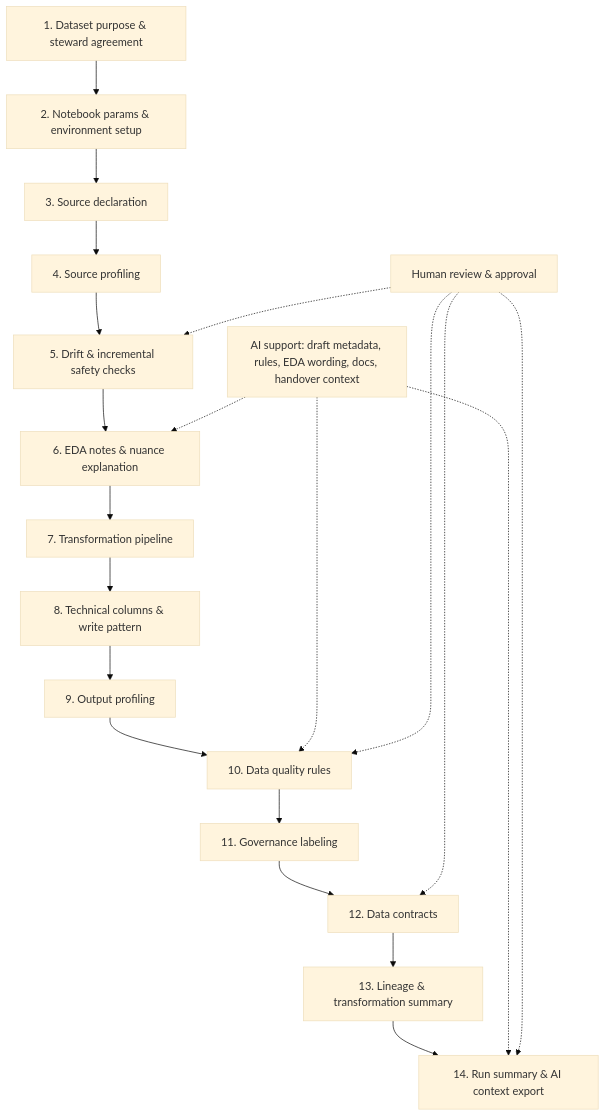
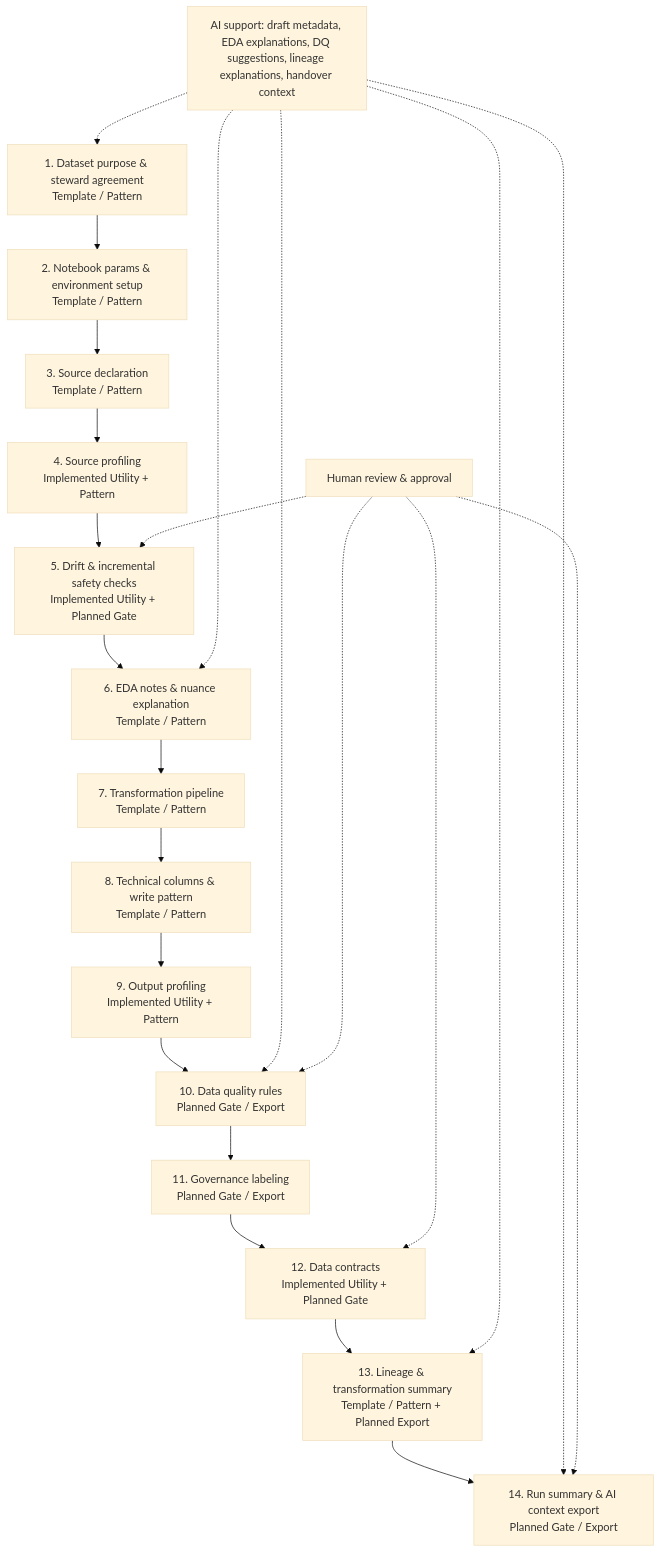
Before and after one commit to Voycepeh/fabric-data-product-framework: the diagram in README.md, drawn with Mermaid (base theme). The commit also changed other lines of this file, not shown here.

Commit message:
Align README lifecycle with implemented framework support

````diff
--- a/README.md
+++ b/README.md
@@ -34,24 +34,40 @@
 ```mermaid
 flowchart TD
-    S1[1. Dataset purpose & steward agreement] --> S2[2. Notebook params & environment setup]
-    S2 --> S3[3. Source declaration]
-    S3 --> S4[4. Source profiling]
-    S4 --> S5[5. Drift & incremental safety checks]
-    S5 --> S6[6. EDA notes & nuance explanation]
-    S6 --> S7[7. Transformation pipeline]
-    S7 --> S8[8. Technical columns & write pattern]
-    S8 --> S9[9. Output profiling]
-    S9 --> S10[10. Data quality rules]
-    S10 --> S11[11. Governance labeling]
-    S11 --> S12[12. Data contracts]
-    S12 --> S13[13. Lineage & transformation summary]
-    S13 --> S14[14. Run summary & AI context export]
+    S1[1. Dataset purpose & steward agreement
+Template / Pattern] --> S2[2. Notebook params & environment setup
+Template / Pattern]
+    S2 --> S3[3. Source declaration
+Template / Pattern]
+    S3 --> S4[4. Source profiling
+Implemented Utility + Pattern]
+    S4 --> S5[5. Drift & incremental safety checks
+Implemented Utility + Planned Gate]
+    S5 --> S6[6. EDA notes & nuance explanation
+Template / Pattern]
+    S6 --> S7[7. Transformation pipeline
+Template / Pattern]
+    S7 --> S8[8. Technical columns & write pattern
+Template / Pattern]
+    S8 --> S9[9. Output profiling
+Implemented Utility + Pattern]
+    S9 --> S10[10. Data quality rules
+Planned Gate / Export]
+    S10 --> S11[11. Governance labeling
+Planned Gate / Export]
+    S11 --> S12[12. Data contracts
+Implemented Utility + Planned Gate]
+    S12 --> S13[13. Lineage & transformation summary
+Template / Pattern + Planned Export]
+    S13 --> S14[14. Run summary & AI context export
+Planned Gate / Export]
 
-    AI[AI support: draft metadata, rules, EDA wording, docs, handover context] -.-> S6
+    AI[AI support: draft metadata, EDA explanations, DQ suggestions, lineage explanations, handover context] -.-> S1
+    AI -.-> S6
     AI -.-> S10
+    AI -.-> S13
     AI -.-> S14
     H[Human review & approval] -.-> S5
     H -.-> S10
     H -.-> S12
     H -.-> S14
 ```
````
